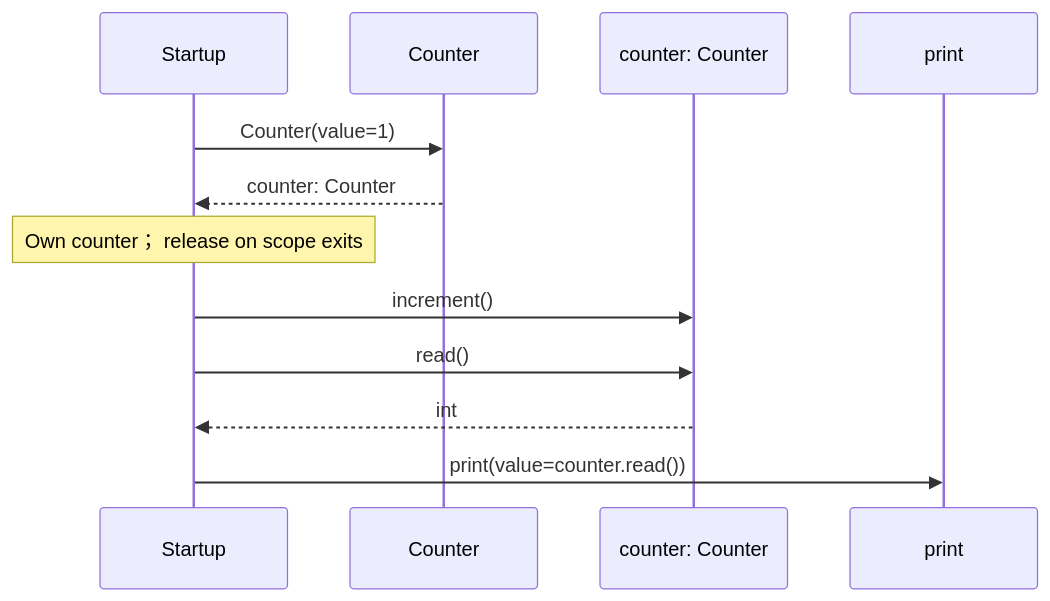
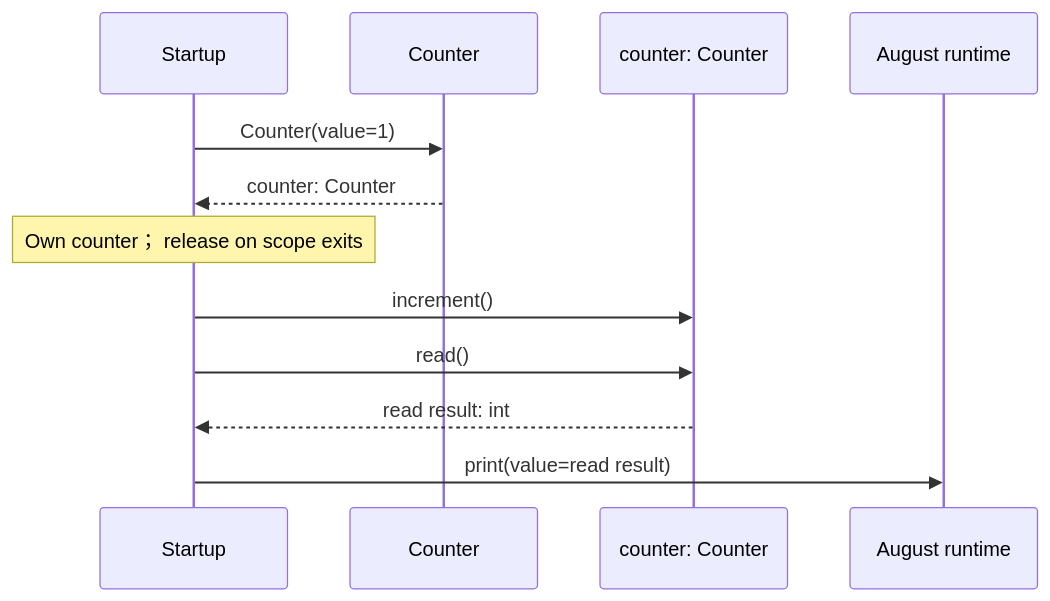
Before and after one commit to GreenPandaStudios/augscript: the second of 2 diagrams in docs/examples/ownership/main-diagrams.md, drawn with Mermaid. The commit also changed other lines of this file and 304 other files, not shown here.

Commit message:
Make generated data-flow sequences concise and review every diagram

````diff
--- a/docs/examples/ownership/main-diagrams.md
+++ b/docs/examples/ownership/main-diagrams.md
@@ -51,14 +36,14 @@
 ```mermaid
 sequenceDiagram
     participant p0 as Startup
     participant p1 as Counter
     participant p2 as counter: Counter
-    participant p3 as print
+    participant p3 as August runtime
     p0->>p1: Counter(value=1)
     p1-->>p0: counter: Counter
     Note over p0: Own counter； release on scope exits
     p0->>p2: increment()
     p0->>p2: read()
-    p2-->>p0: int
-    p0->>p3: print(value=counter.read())
+    p2-->>p0: read result: int
+    p0->>p3: print(value=read result)
 ```
````
